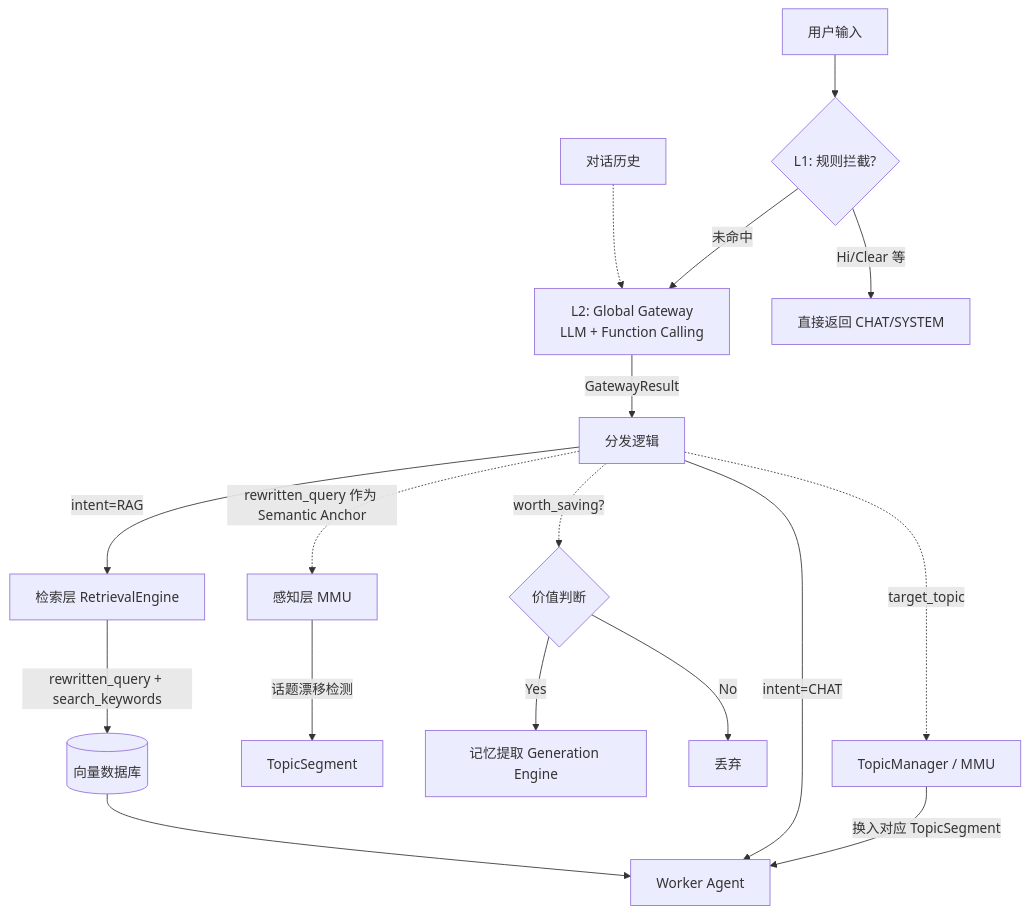
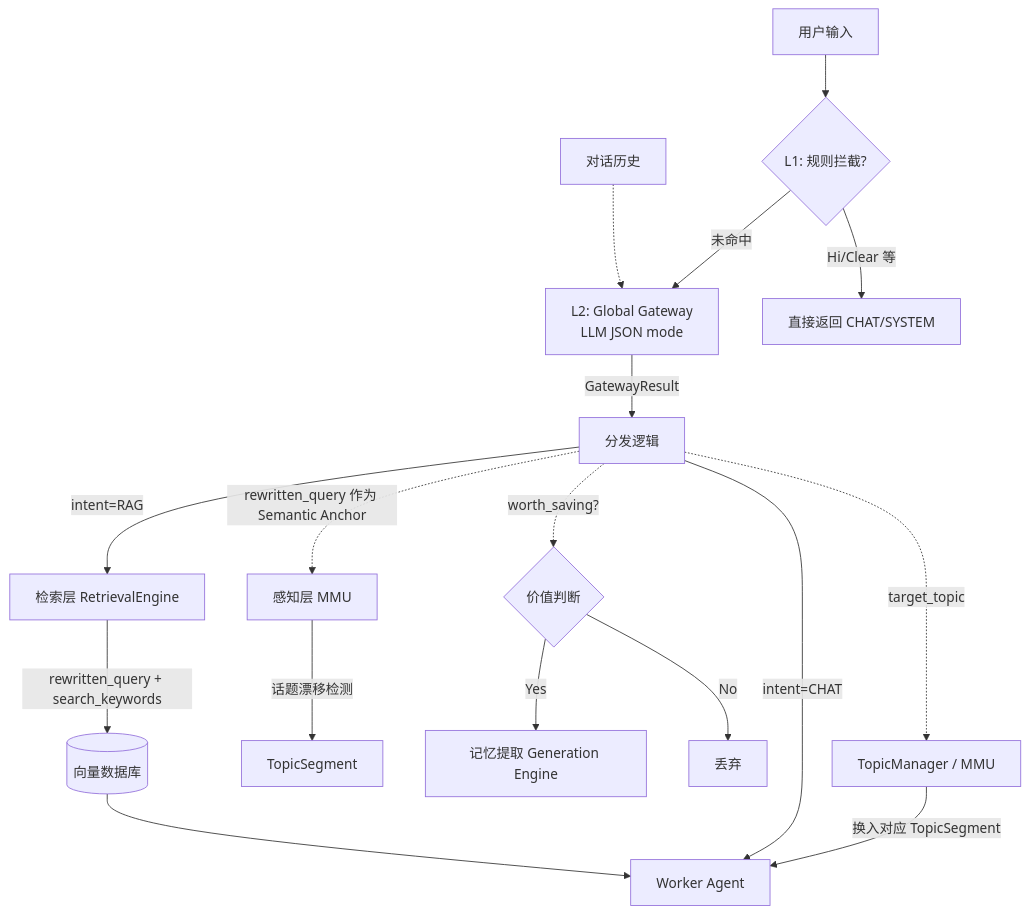
The diagram in docs/components/gateway.md (artemis03976/HiveMemory), drawn with Mermaid before and after one commit. The commit also changed other lines of this file and 298 other files, not shown here.

First line of the commit message:
Refactor/4th architecture (#33)

````diff
--- a/docs/components/gateway.md
+++ b/docs/components/gateway.md
@@ -390,30 +386,30 @@
 ```mermaid
 graph TD
     User[用户输入] --> L1{L1: 规则拦截?}
     History[对话历史] -.-> Gateway
 
     L1 -- "Hi/Clear 等" --> Direct[直接返回 CHAT/SYSTEM]
-    L1 -- 未命中 --> Gateway[L2: Global Gateway\nLLM + Function Calling]
+    L1 -- 未命中 --> Gateway[L2: Global Gateway\nLLM JSON mode]
 
     Gateway -->|GatewayResult| Dispatcher[分发逻辑]
 
     %% Hot Path: 检索复用
     Dispatcher -- "intent=RAG" --> Retrieval[检索层 RetrievalEngine]
     Retrieval -->|rewritten_query + search_keywords| VectorDB[(向量数据库)]
     VectorDB --> WorkerAgent[Worker Agent]
 
     Dispatcher -- "intent=CHAT" --> WorkerAgent
 
     %% Cold Path: 感知复用（异步）
     Dispatcher -.->|rewritten_query 作为 Semantic Anchor| PerceptionLayer[感知层 MMU]
     PerceptionLayer -->|话题漂移检测| TopicSegment[TopicSegment]
 
     %% Cold Path: 生成复用（异步）
     Dispatcher -.->|worth_saving?| GenerationGate{价值判断}
     GenerationGate -- Yes --> Extractor[记忆提取 Generation Engine]
     GenerationGate -- No --> Discard[丢弃]
 
     %% Phase 4.5: 话题路由
     Dispatcher -.->|target_topic| MMU[TopicManager / MMU]
     MMU -->|换入对应 TopicSegment| WorkerAgent
 ```
````
